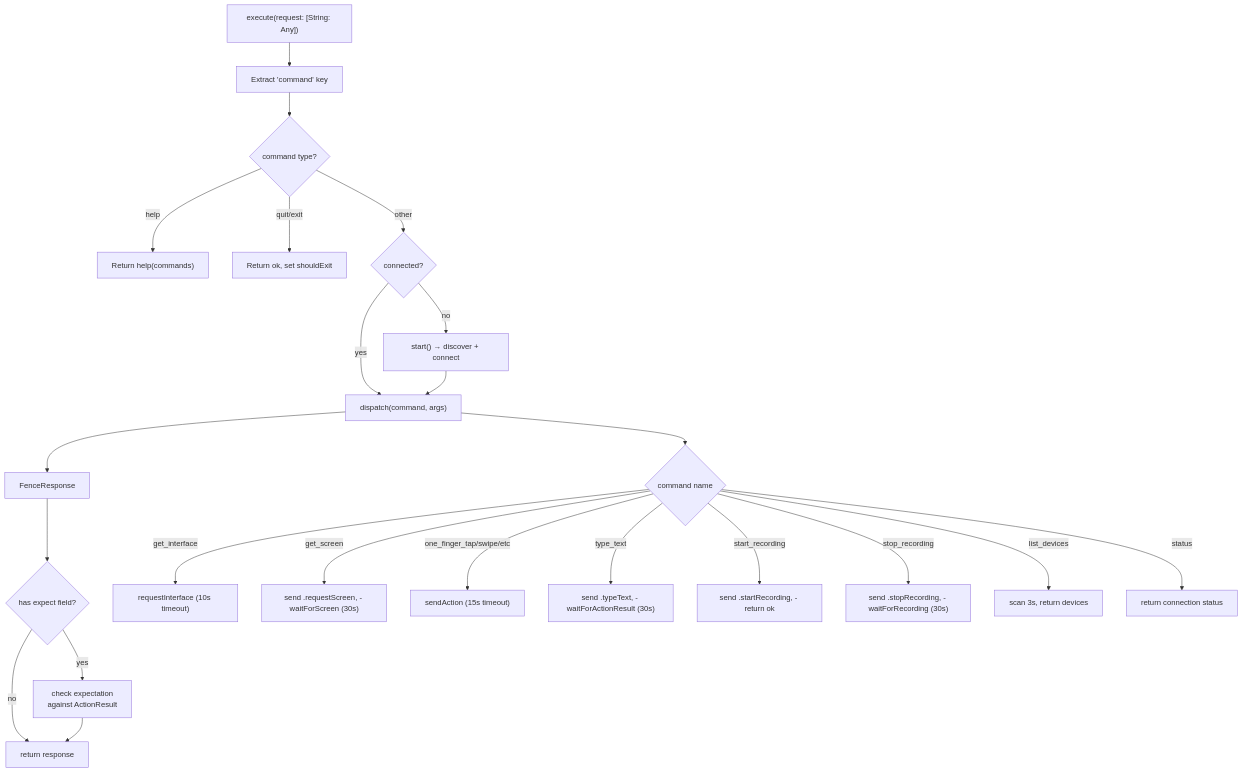
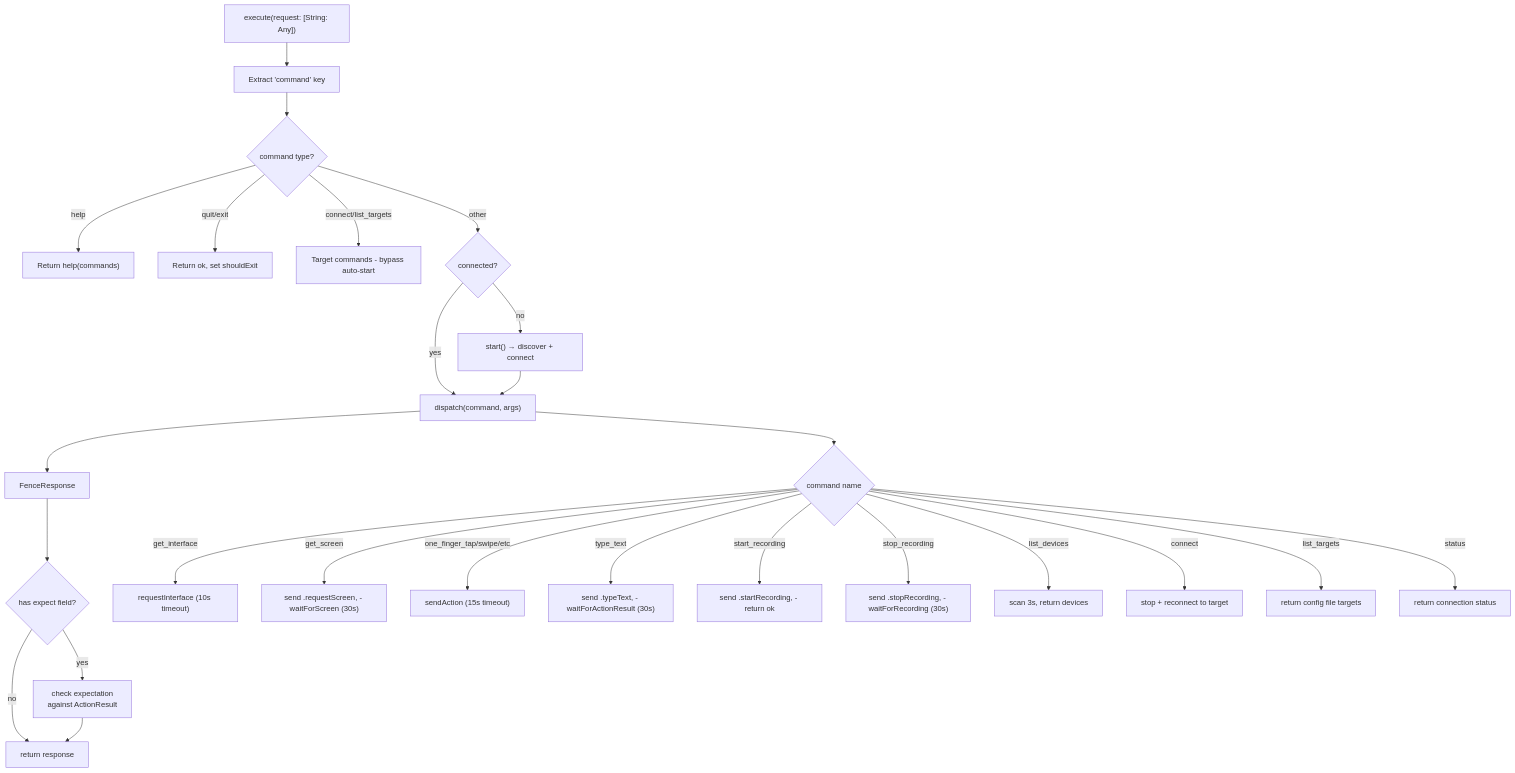
The second of 3 diagrams in docs/dossiers/10-THEFENCE.md (RoyalPineapple/TheButtonHeist), drawn with Mermaid before and after one commit. The commit also changed other lines of this file and 13 other files, not shown here.

First line of the commit message:
feat: add multi-target configuration with connect and list_targets commands (#147)

````diff
--- a/docs/dossiers/10-THEFENCE.md
+++ b/docs/dossiers/10-THEFENCE.md
@@ -64,32 +66,35 @@
 ```mermaid
 flowchart TD
     Request["execute(request: [String: Any])"]
     Request --> ExtractCmd["Extract 'command' key"]
     ExtractCmd --> MetaCmd{command type?}
 
     MetaCmd -->|help| ReturnHelp["Return help(commands)"]
     MetaCmd -->|quit/exit| ReturnOk["Return ok, set shouldExit"]
+    MetaCmd -->|connect/list_targets| TargetCmd["Target commands - bypass auto-start"]
     MetaCmd -->|other| CheckConn{connected?}
 
     CheckConn -->|no| Start["start() → discover + connect"]
     CheckConn -->|yes| DispatchCmd
 
     Start --> DispatchCmd["dispatch(command, args)"]
 
     DispatchCmd --> Response["FenceResponse"]
     Response --> HasExpect{has expect field?}
     HasExpect -->|yes| Validate["check expectation\nagainst ActionResult"]
     HasExpect -->|no| Return["return response"]
     Validate --> Return
 
     DispatchCmd --> Route{command name}
 
     Route -->|get_interface| ReqIF["requestInterface (10s timeout)"]
     Route -->|get_screen| ReqScreen["send .requestScreen, - waitForScreen (30s)"]
     Route -->|one_finger_tap/swipe/etc| SendAction["sendAction (15s timeout)"]
     Route -->|type_text| TypeText["send .typeText, - waitForActionResult (30s)"]
     Route -->|start_recording| StartRec["send .startRecording, - return ok"]
     Route -->|stop_recording| StopRec["send .stopRecording, - waitForRecording (30s)"]
     Route -->|list_devices| ListDev["scan 3s, return devices"]
+    Route -->|connect| Connect["stop + reconnect to target"]
+    Route -->|list_targets| ListTargets["return config file targets"]
     Route -->|status| ReturnStatus["return connection status"]
 ```
````
